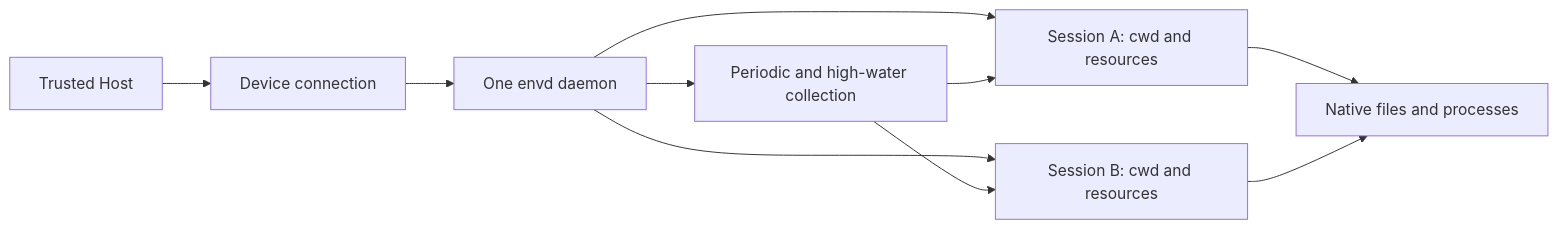
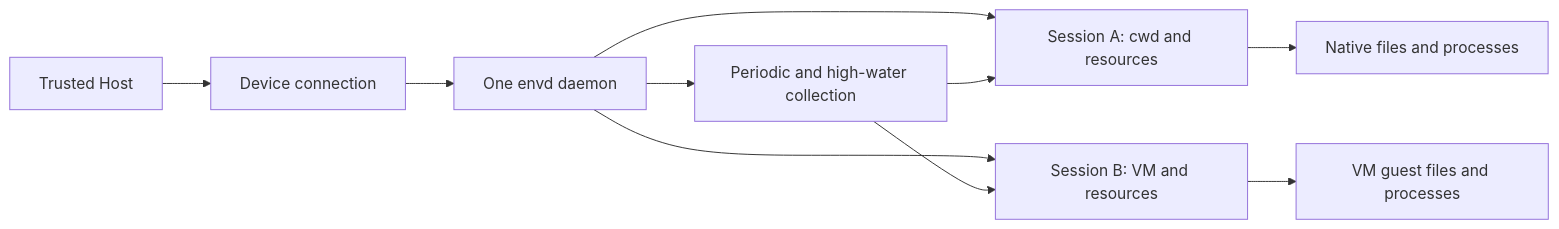
One commit to converge-ai-labs/agent-foundation changed the diagram in spec/a13n-envd/00-overview.md. Above: the diagram before and after it, drawn with Mermaid. The commit also changed other lines of this file and 64 other files, not shown here.

````diff
--- a/spec/a13n-envd/00-overview.md
+++ b/spec/a13n-envd/00-overview.md
@@ -13,16 +13,17 @@
 ```mermaid
 flowchart LR
     Host[Trusted Host]
     Device[Device connection]
     Daemon[One envd daemon]
     A[Session A: cwd and resources]
-    B[Session B: cwd and resources]
+    B[Session B: VM and resources]
     Native[Native files and processes]
+    VM[VM guest files and processes]
     GC[Periodic and high-water collection]
     Host --> Device --> Daemon
     Daemon --> A --> Native
-    Daemon --> B --> Native
+    Daemon --> B --> VM
     Daemon --> GC
     GC --> A
     GC --> B
 ```
````
